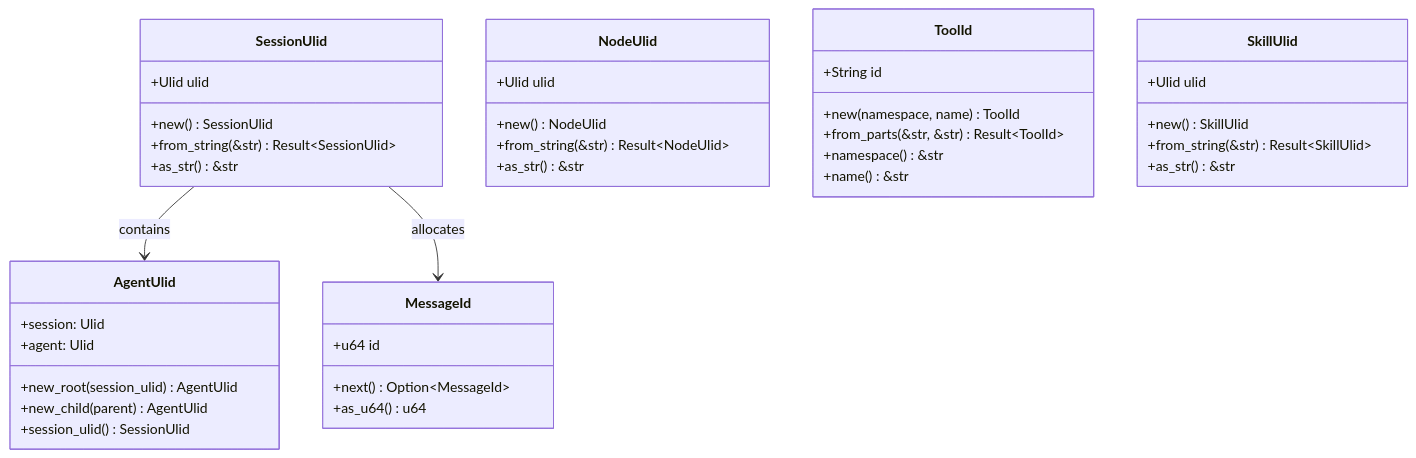
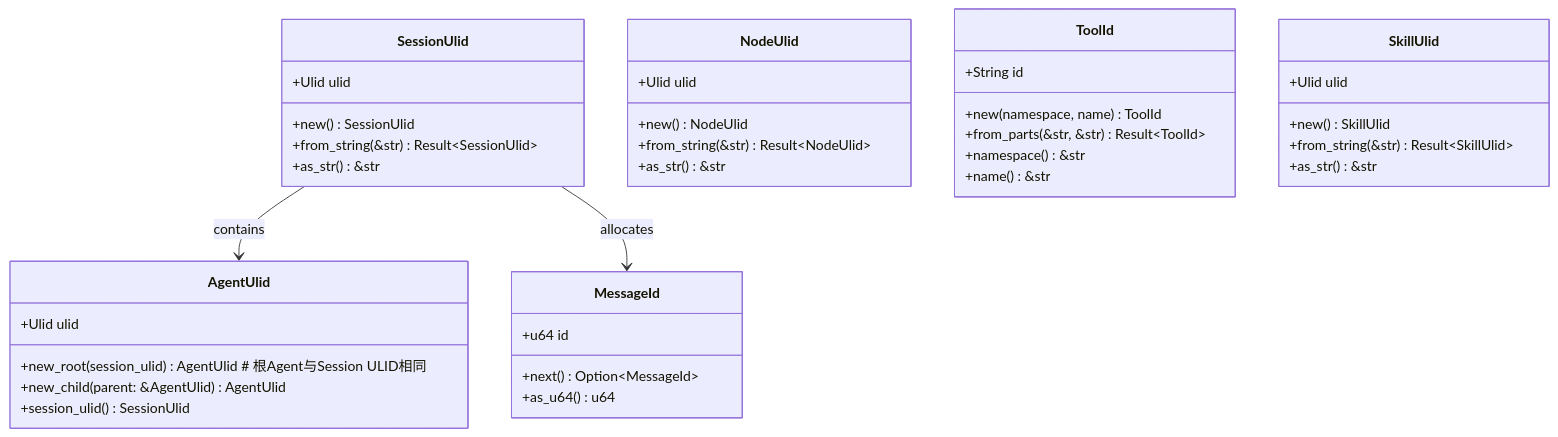
One commit to MiyakoMeow/neco changed the first of 5 diagrams in progress/TECH-SESSION.md. Above: the diagram before and after it, drawn with Mermaid. The commit also changed other lines of this file and 7 other files, not shown here.

````diff
--- a/progress/TECH-SESSION.md
+++ b/progress/TECH-SESSION.md
@@ -16,48 +16,47 @@
 ```mermaid
 classDiagram
     class SessionUlid {
         +Ulid ulid
         +new() SessionUlid
         +from_string(&str) Result~SessionUlid~
         +as_str() &str
     }
     
     class AgentUlid {
-        +session: Ulid
-        +agent: Ulid
-        +new_root(session_ulid) AgentUlid
-        +new_child(parent) AgentUlid
+        +Ulid ulid
+        +new_root(session_ulid) AgentUlid  # 根Agent与Session ULID相同
+        +new_child(parent: &AgentUlid) AgentUlid
         +session_ulid() SessionUlid
     }
     
     class MessageId {
         +u64 id
         +next() Option~MessageId~
         +as_u64() u64
     }
     
     class NodeUlid {
         +Ulid ulid
         +new() NodeUlid
         +from_string(&str) Result~NodeUlid~
         +as_str() &str
     }
     
     class ToolId {
         +String id
         +new(namespace, name) ToolId
         +from_parts(&str, &str) Result~ToolId~
         +namespace() &str
         +name() &str
     }
     
     class SkillUlid {
         +Ulid ulid
         +new() SkillUlid
         +from_string(&str) Result~SkillUlid~
         +as_str() &str
     }
     
     SessionUlid --> AgentUlid : contains
     SessionUlid --> MessageId : allocates
 ```
````
